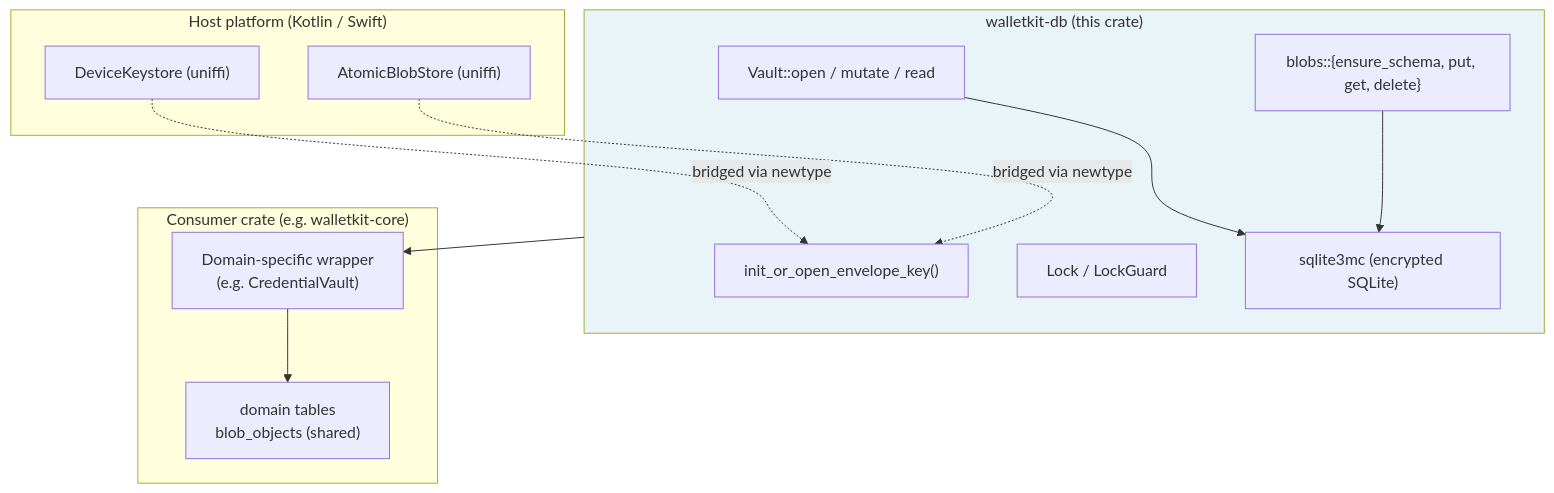
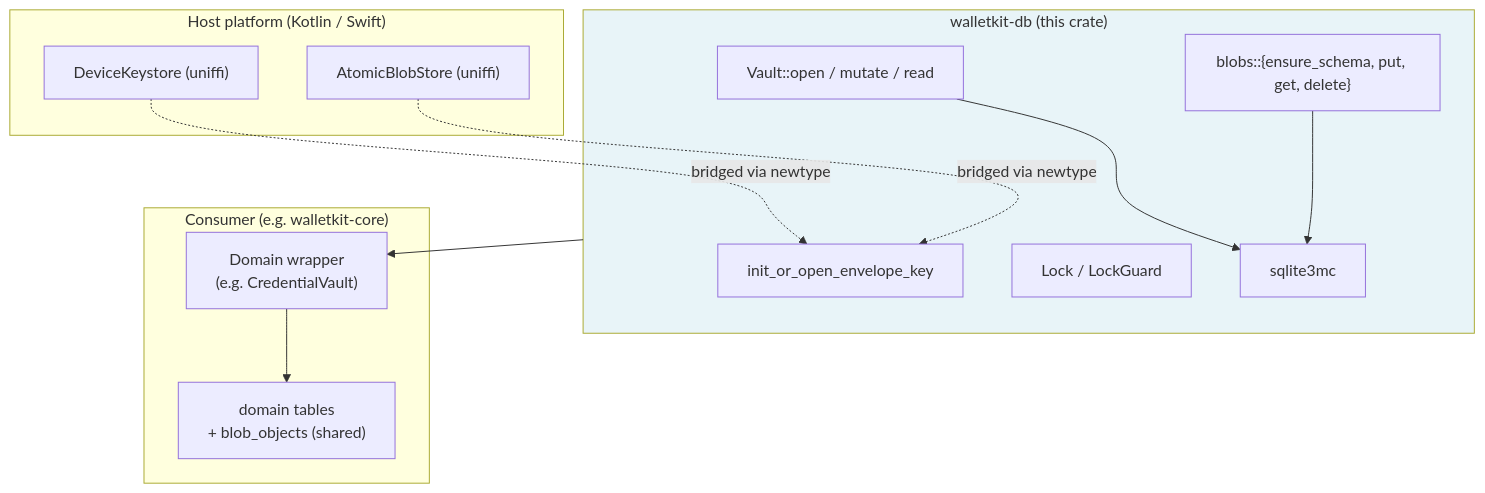
One commit to worldcoin/walletkit changed the diagram in walletkit-db/README.md. Above: the diagram before and after it, drawn with Mermaid. The commit also changed other lines of this file, not shown here.

First line of the commit message:
docs(walletkit-db): tighten README, add explicit host-side isolation contract

````diff
--- a/walletkit-db/README.md
+++ b/walletkit-db/README.md
@@ -78,30 +19,25 @@
 ```mermaid
 flowchart TB
     subgraph Host["Host platform (Kotlin / Swift)"]
         KS["DeviceKeystore (uniffi)"]
         BS["AtomicBlobStore (uniffi)"]
     end
-
     subgraph WKDB["walletkit-db (this crate)"]
         OV["Vault::open / mutate / read"]
         Blobs["blobs::{ensure_schema, put, get, delete}"]
-        Env["init_or_open_envelope_key()"]
+        Env["init_or_open_envelope_key"]
         Lock["Lock / LockGuard"]
-        Cipher["sqlite3mc (encrypted SQLite)"]
+        Cipher["sqlite3mc"]
         OV --> Cipher
         Blobs --> Cipher
     end
-
-    subgraph Consumer["Consumer crate (e.g. walletkit-core)"]
-        Wrapper["Domain-specific wrapper<br/>(e.g. CredentialVault)"]
-        Tables["domain tables<br/>blob_objects (shared)"]
+    subgraph Consumer["Consumer (e.g. walletkit-core)"]
+        Wrapper["Domain wrapper<br/>(e.g. CredentialVault)"]
+        Tables["domain tables<br/>+ blob_objects (shared)"]
         Wrapper --> Tables
     end
-
     KS -.bridged via newtype.-> Env
     BS -.bridged via newtype.-> Env
-
     WKDB --> Wrapper
-
     style WKDB fill:#e8f4f8
 ```
````
